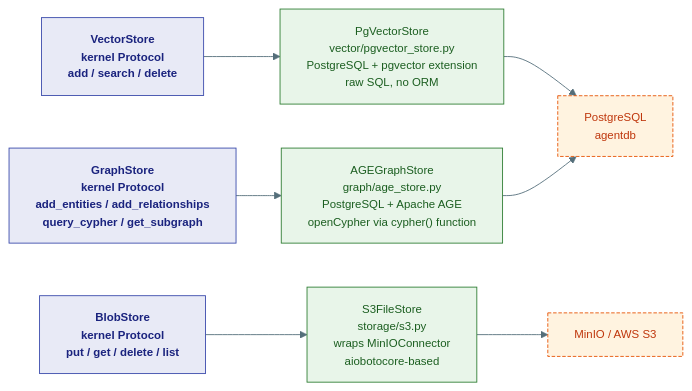
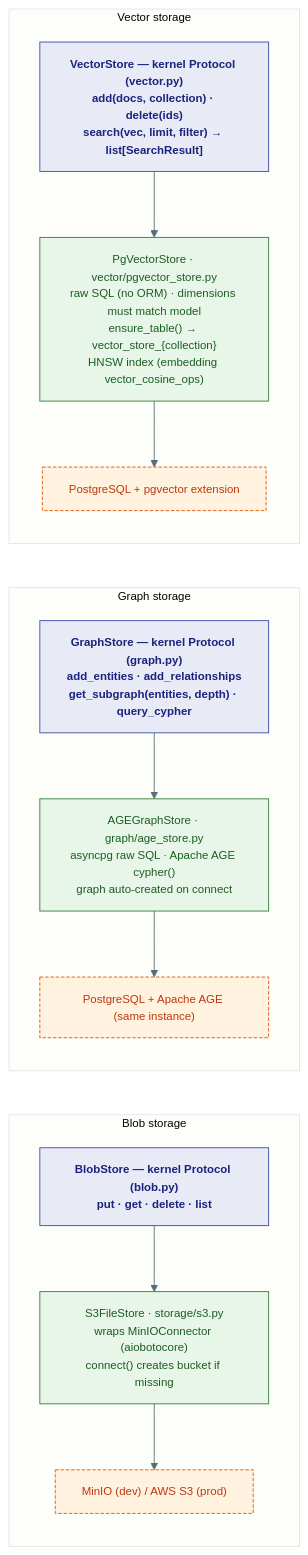
One commit to Ravikumarchavva/agent-substrate changed the first of 3 diagrams in agents/agent-substrate/docs/capabilities/06-storage-and-pipeline.md. Above: the diagram before and after it, drawn with Mermaid. The commit also changed other lines of this file and 10 other files, not shown here.

First line of the commit message:
Refactor documentation diagrams and enhance Mermaid integration

````diff
--- a/agents/agent-substrate/docs/capabilities/06-storage-and-pipeline.md
+++ b/agents/agent-substrate/docs/capabilities/06-storage-and-pipeline.md
@@ -7,22 +7,34 @@
 ```mermaid
 %%{init: {'theme': 'base', 'themeVariables': {'primaryColor': '#E8EAF6','primaryTextColor': '#1A237E','primaryBorderColor': '#3949AB','lineColor': '#546E7A','fontSize': '13px'}}}%%
-flowchart LR
+flowchart TB
     classDef proto fill:#E8EAF6,stroke:#3949AB,color:#1A237E,font-weight:bold
     classDef impl  fill:#E8F5E9,stroke:#2E7D32,color:#1B5E20
     classDef infra fill:#FFF3E0,stroke:#E65100,color:#BF360C,stroke-dasharray:4 2
 
-    VS["VectorStore\nkernel Protocol\nadd / search / delete"]:::proto
-    GS["GraphStore\nkernel Protocol\nadd_entities / add_relationships\nquery_cypher / get_subgraph"]:::proto
-    BS["BlobStore\nkernel Protocol\nput / get / delete / list"]:::proto
+    subgraph VEC["Vector storage"]
+        direction TB
+        VS["VectorStore — kernel Protocol (vector.py)<br/>add(docs, collection) · delete(ids)<br/>search(vec, limit, filter) → list[SearchResult]"]:::proto
+        PGV["PgVectorStore · vector/pgvector_store.py<br/>raw SQL (no ORM) · dimensions must match model<br/>ensure_table() → vector_store_{collection}<br/>HNSW index (embedding vector_cosine_ops)"]:::impl
+        PG1["PostgreSQL + pgvector extension"]:::infra
+        VS --> PGV --> PG1
+    end
 
-    PGV["PgVectorStore\nvector/pgvector_store.py\nPostgreSQL + pgvector extension\nraw SQL, no ORM"]:::impl
-    AGE["AGEGraphStore\ngraph/age_store.py\nPostgreSQL + Apache AGE\nopenCypher via cypher() function"]:::impl
-    S3["S3FileStore\nstorage/s3.py\nwraps MinIOConnector\naiobotocore-based"]:::impl
+    subgraph GR["Graph storage"]
+        direction TB
+        GS["GraphStore — kernel Protocol (graph.py)<br/>add_entities · add_relationships<br/>get_subgraph(entities, depth) · query_cypher"]:::proto
+        AGE["AGEGraphStore · graph/age_store.py<br/>asyncpg raw SQL · Apache AGE cypher()<br/>graph auto-created on connect"]:::impl
+        PG2["PostgreSQL + Apache AGE (same instance)"]:::infra
+        GS --> AGE --> PG2
+    end
 
-    PG["PostgreSQL\nagentdb"]:::infra
-    MINIO["MinIO / AWS S3"]:::infra
+    subgraph BL["Blob storage"]
+        direction TB
+        BS["BlobStore — kernel Protocol (blob.py)<br/>put · get · delete · list"]:::proto
+        S3["S3FileStore · storage/s3.py<br/>wraps MinIOConnector (aiobotocore)<br/>connect() creates bucket if missing"]:::impl
+        MINIO["MinIO (dev) / AWS S3 (prod)"]:::infra
+        BS --> S3 --> MINIO
+    end
 
-    VS --> PGV --> PG
-    GS --> AGE --> PG
-    BS --> S3 --> MINIO
+    PG1 ~~~ GS
+    PG2 ~~~ BS
 ```
````
